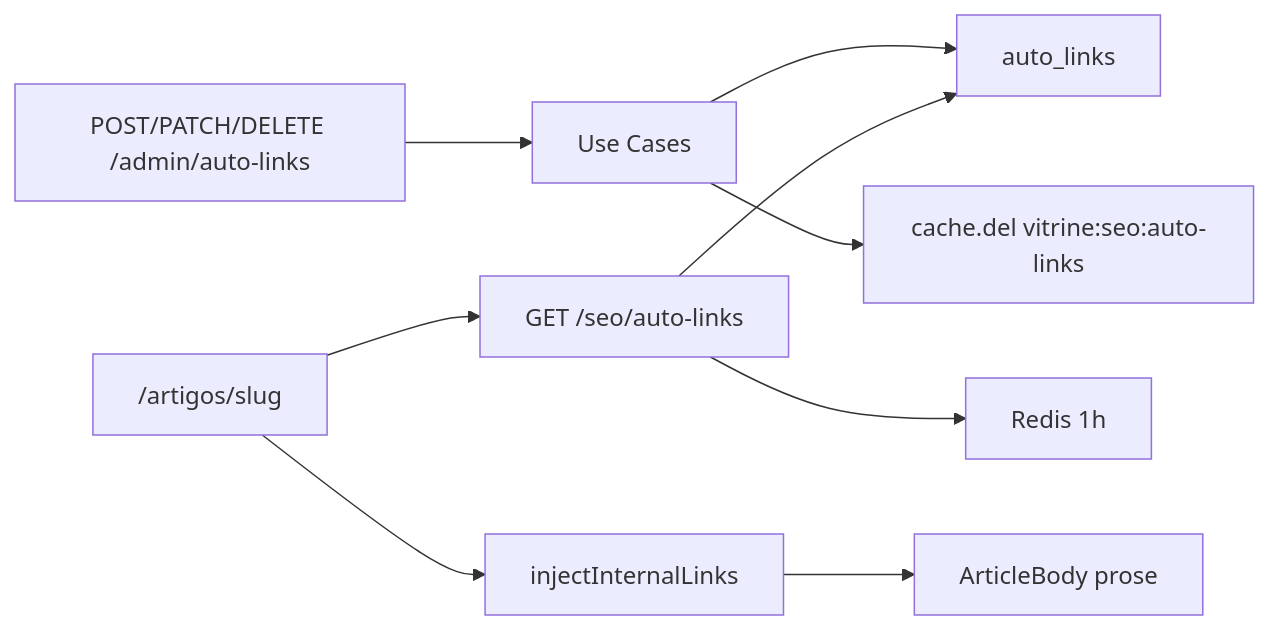
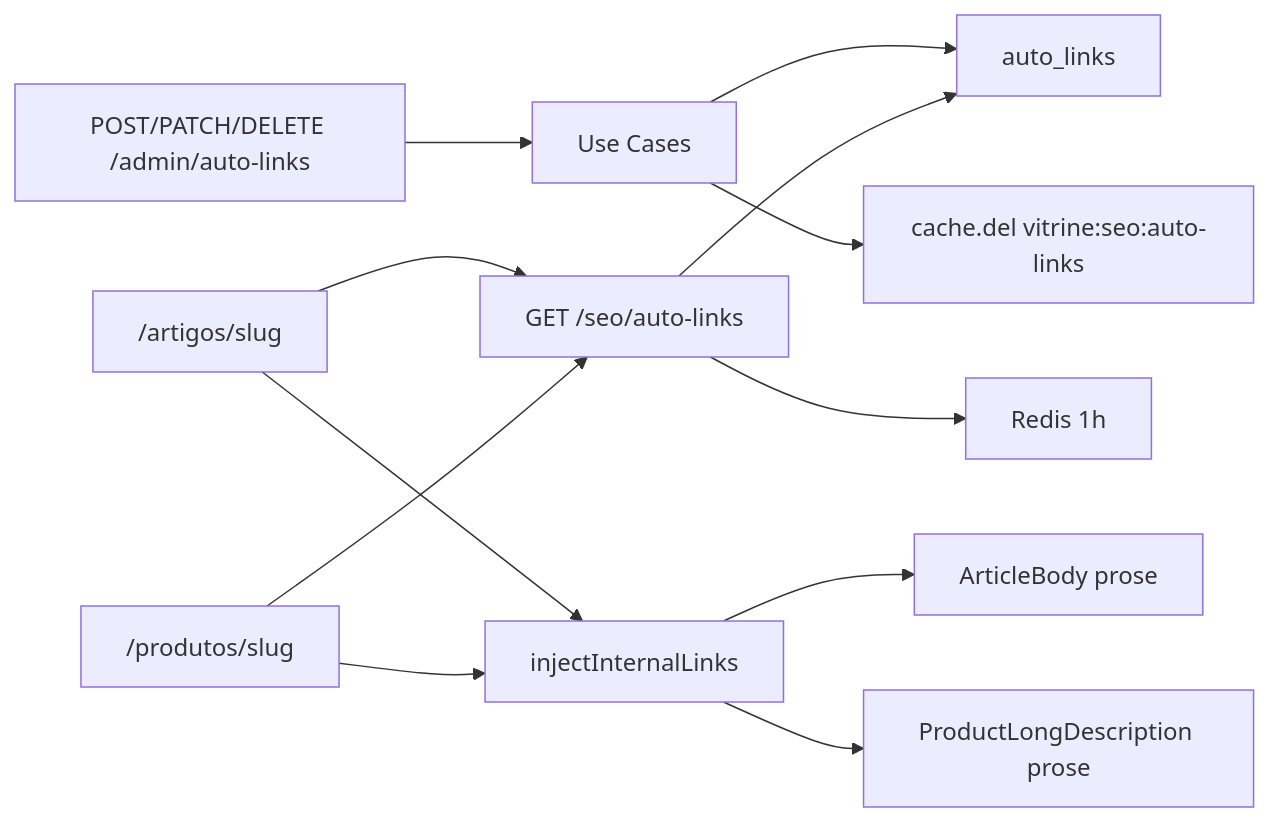
One commit to valerio-figueira/ecommerce-amazon changed the diagram in docs/auto-links-admin.md. Above: the diagram before and after it, drawn with Mermaid. The commit also changed other lines of this file and 7 other files, not shown here.

First line of the commit message:
Implement ProductLongDescription component with auto-linking functionality

````diff
--- a/docs/auto-links-admin.md
+++ b/docs/auto-links-admin.md
@@ -38,11 +38,14 @@
 ```mermaid
 flowchart LR
   Admin["POST/PATCH/DELETE /admin/auto-links"] --> UC["Use Cases"]
   UC --> DB["auto_links"]
   UC --> CacheDel["cache.del vitrine:seo:auto-links"]
-  Web["/artigos/slug"] --> PublicAPI["GET /seo/auto-links"]
+  WebArticles["/artigos/slug"] --> PublicAPI["GET /seo/auto-links"]
+  WebProducts["/produtos/slug"] --> PublicAPI
   PublicAPI --> CacheGet["Redis 1h"]
   PublicAPI --> DB
-  Web --> Parser["injectInternalLinks"]
-  Parser --> Render["ArticleBody prose"]
+  WebArticles --> Parser["injectInternalLinks"]
+  WebProducts --> Parser
+  Parser --> RenderArticles["ArticleBody prose"]
+  Parser --> RenderProducts["ProductLongDescription prose"]
 ```
````
